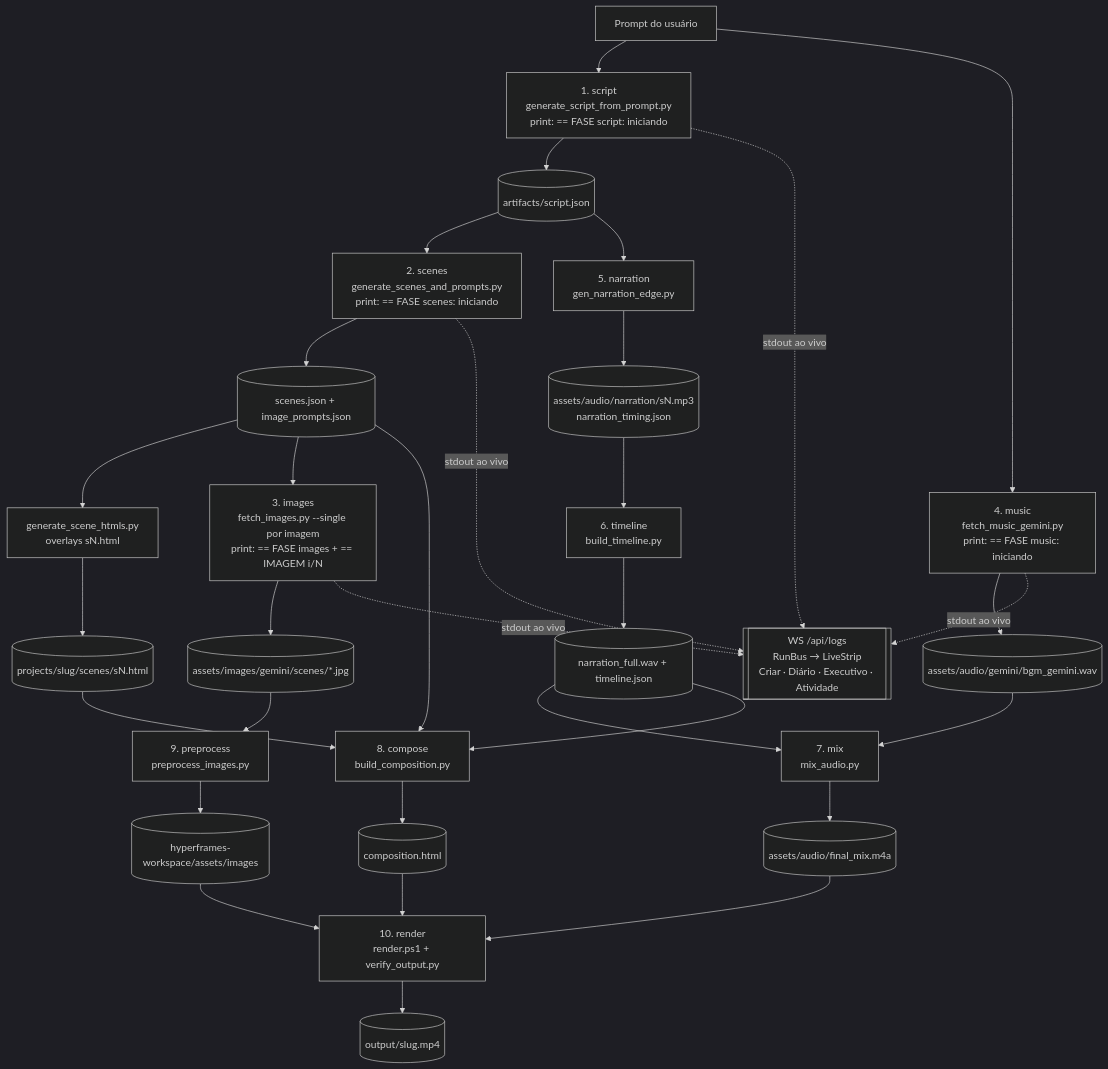
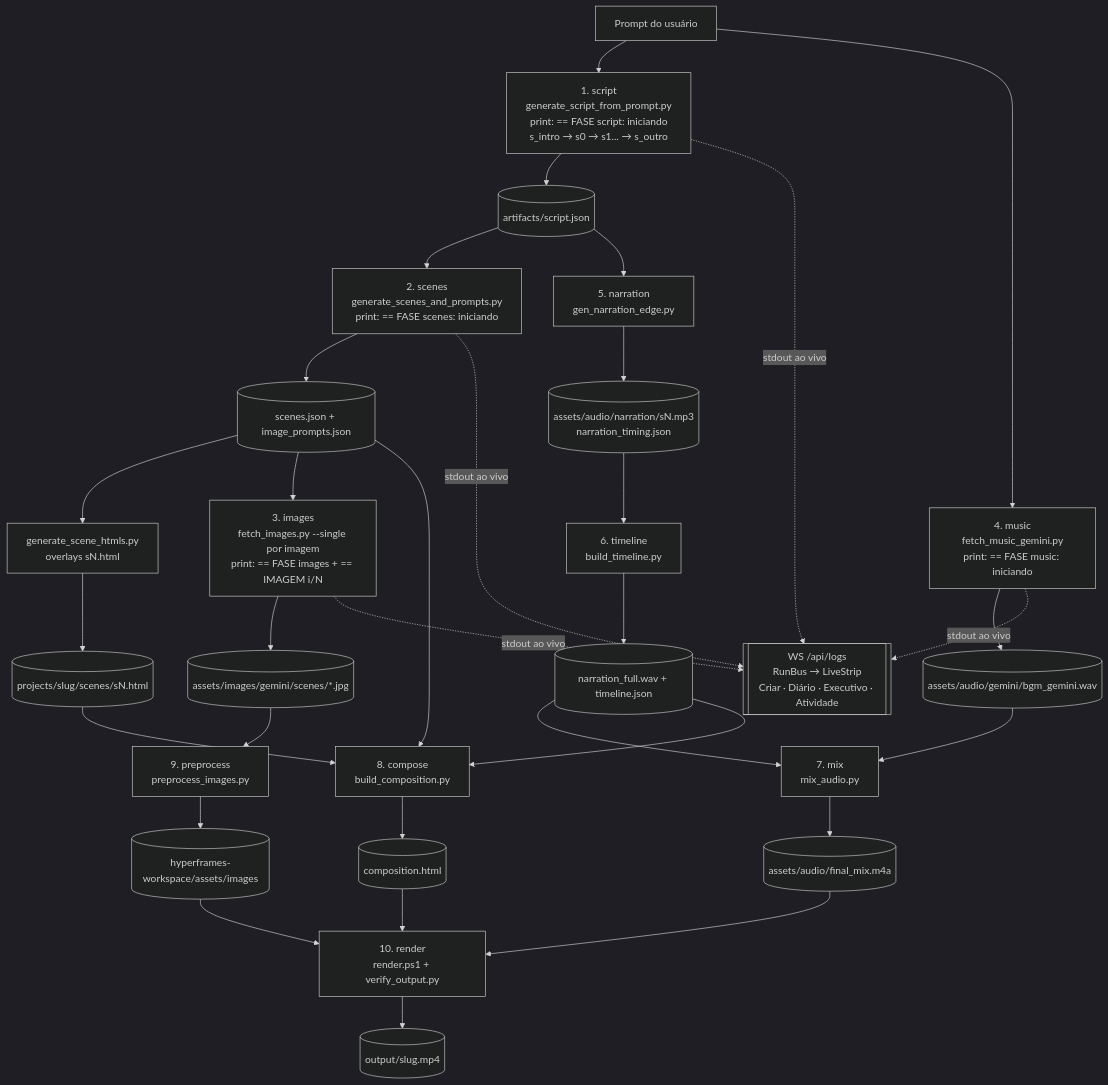
The first of 9 diagrams in MANUAL_GRAFOS.md (PiresDBA/videomaker), drawn with Mermaid (dark theme) before and after one commit. The commit also changed other lines of this file, not shown here.

Commit message:
docs: atualiza o grafo e manuais com secao s_intro

````diff
--- a/MANUAL_GRAFOS.md
+++ b/MANUAL_GRAFOS.md
@@ -251,32 +273,32 @@
 ```mermaid
 flowchart TD
-    P[Prompt do usuário] --> S1[1. script<br/>generate_script_from_prompt.py<br/>print: == FASE script: iniciando]
+    P[Prompt do usuário] --> S1[1. script<br/>generate_script_from_prompt.py<br/>print: == FASE script: iniciando<br/>s_intro → s0 → s1... → s_outro]
     S1 --> A1[(artifacts/script.json)]
     A1 --> S2[2. scenes<br/>generate_scenes_and_prompts.py<br/>print: == FASE scenes: iniciando]
     S2 --> A2[(scenes.json + image_prompts.json)]
     A2 --> S3[generate_scene_htmls.py<br/>overlays sN.html]
     S3 --> A3[(projects/slug/scenes/sN.html)]
     A2 --> S4[3. images<br/>fetch_images.py --single por imagem<br/>print: == FASE images + == IMAGEM i/N]
     S4 --> A4[(assets/images/gemini/scenes/*.jpg)]
     P --> S5[4. music<br/>fetch_music_gemini.py<br/>print: == FASE music: iniciando]
     S5 --> A5[(assets/audio/gemini/bgm_gemini.wav)]
     A1 --> S6[5. narration<br/>gen_narration_edge.py]
     S6 --> A6[(assets/audio/narration/sN.mp3<br/>narration_timing.json)]
     A6 --> S7[6. timeline<br/>build_timeline.py]
     S7 --> A7[(narration_full.wav + timeline.json)]
     A7 --> S8[7. mix<br/>mix_audio.py]
     A5 --> S8
     S8 --> A8[(assets/audio/final_mix.m4a)]
     A3 --> S9[8. compose<br/>build_composition.py]
     A7 --> S9
     A2 --> S9
     S9 --> A9[(composition.html)]
     A4 --> S10[9. preprocess<br/>preprocess_images.py]
     S10 --> A10[(hyperframes-workspace/assets/images)]
     A9 --> S11[10. render<br/>render.ps1 + verify_output.py]
     A8 --> S11
     A10 --> S11
     S11 --> A11[(output/slug.mp4)]
 
     S1 & S2 & S4 & S5 -. stdout ao vivo .-> WS[[WS /api/logs<br/>RunBus → LiveStrip<br/>Criar · Diário · Executivo · Atividade]]
 ```
````
